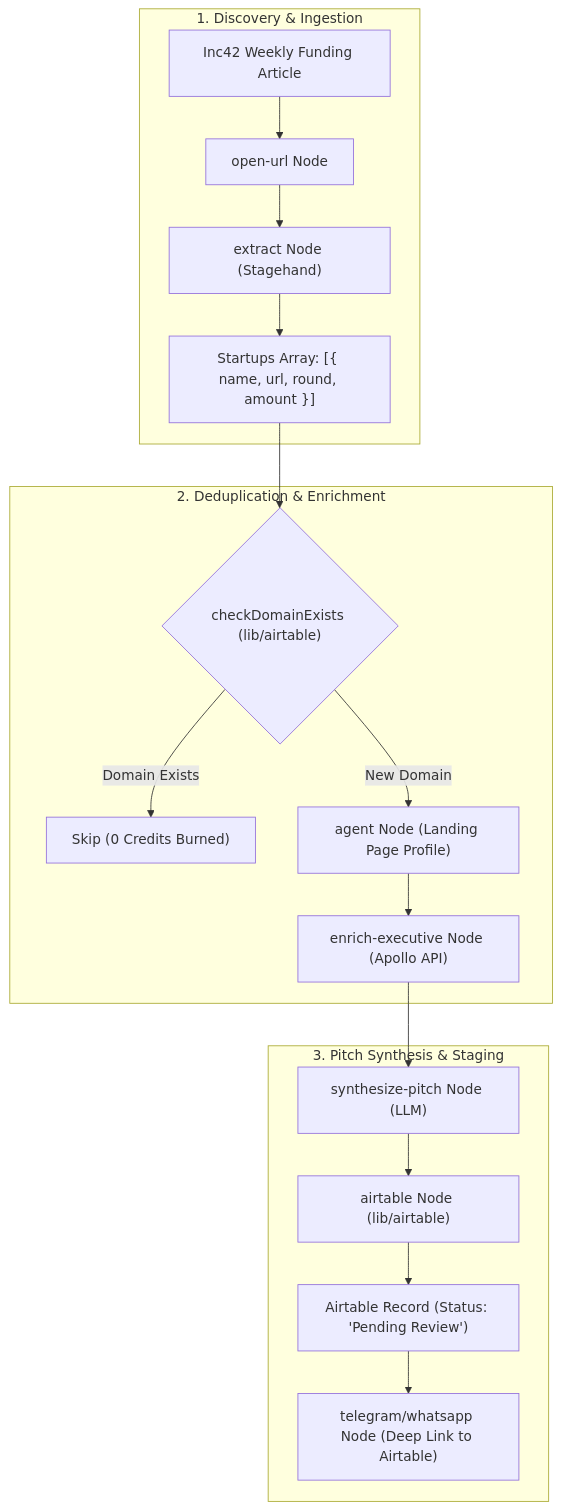
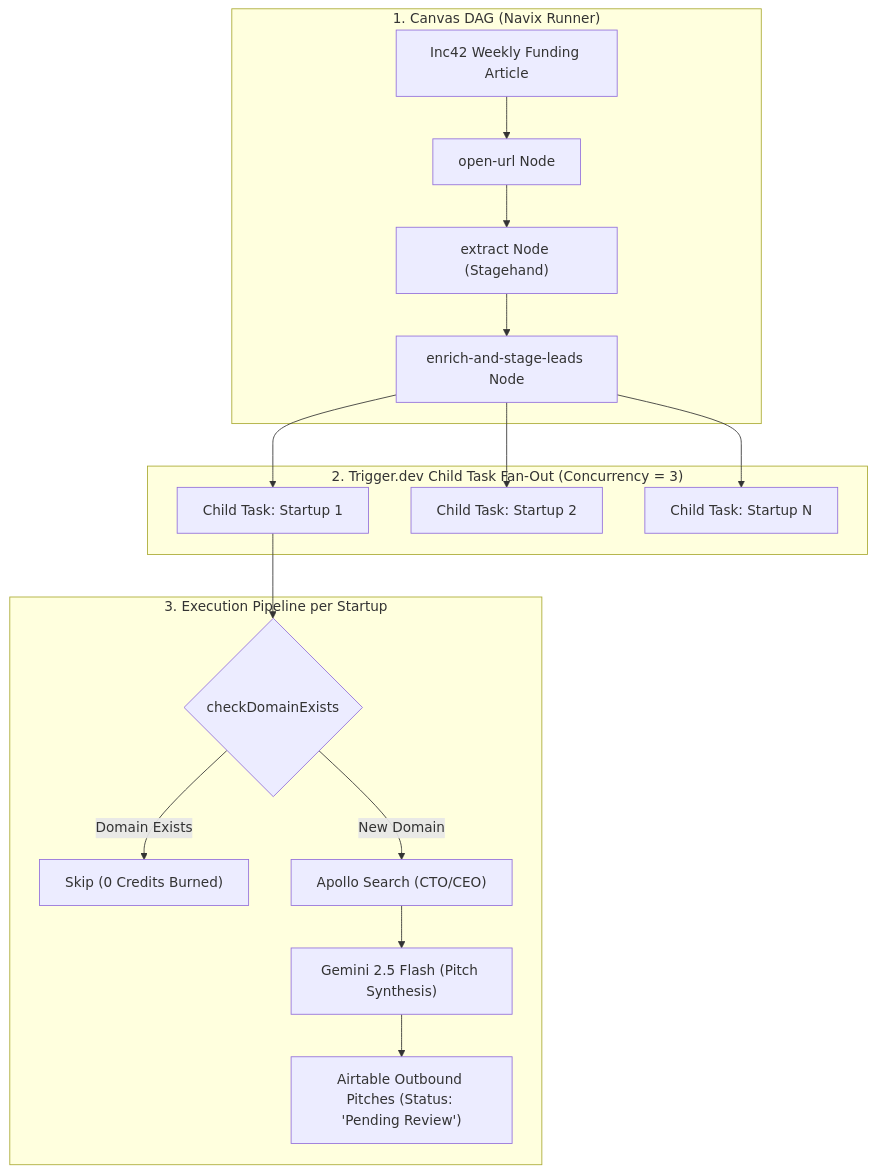
One commit to Anurag1428/navix changed the diagram in docs/designs/funded-startup-outreach-engine.md. Above: the diagram before and after it, drawn with Mermaid. The commit also changed other lines of this file and 6 other files, not shown here.

First line of the commit message:
feat: Add outbound pitch service and types for Airtable integration

````diff
--- a/docs/designs/funded-startup-outreach-engine.md
+++ b/docs/designs/funded-startup-outreach-engine.md
@@ -77,22 +79,22 @@
 ```mermaid
 flowchart TD
-    subgraph S1["1. Discovery & Ingestion"]
+    subgraph S1["1. Canvas DAG (Navix Runner)"]
         Inc42Url["Inc42 Weekly Funding Article"] --> OpenNode["open-url Node"]
         OpenNode --> ExtractNode["extract Node (Stagehand)"]
-        ExtractNode --> StartupsArray["Startups Array: [{ name, url, round, amount }]"]
+        ExtractNode --> BatchNode["enrich-and-stage-leads Node"]
     end
 
-    subgraph S2["2. Deduplication & Enrichment"]
-        StartupsArray --> DedupCheck{"checkDomainExists (lib/airtable)"}
-        DedupCheck -- "Domain Exists" --> Skip["Skip (0 Credits Burned)"]
-        DedupCheck -- "New Domain" --> ProfileNode["agent Node (Landing Page Profile)"]
-        ProfileNode --> EnrichNode["enrich-executive Node (Apollo API)"]
+    subgraph S2["2. Trigger.dev Child Task Fan-Out (Concurrency = 3)"]
+        BatchNode --> Task1["Child Task: Startup 1"]
+        BatchNode --> Task2["Child Task: Startup 2"]
+        BatchNode --> TaskN["Child Task: Startup N"]
     end
 
-    subgraph S3["3. Pitch Synthesis & Staging"]
-        EnrichNode --> PitchNode["synthesize-pitch Node (LLM)"]
-        PitchNode --> AirtableNode["airtable Node (lib/airtable)"]
-        AirtableNode --> StagedRecord["Airtable Record (Status: 'Pending Review')"]
-        StagedRecord --> NotifyNode["telegram/whatsapp Node (Deep Link to Airtable)"]
+    subgraph S3["3. Execution Pipeline per Startup"]
+        Task1 --> DedupCheck{"checkDomainExists"}
+        DedupCheck -- "Domain Exists" --> Skip["Skip (0 Credits Burned)"]
+        DedupCheck -- "New Domain" --> Apollo["Apollo Search (CTO/CEO)"]
+        Apollo --> PitchSynth["Gemini 2.5 Flash (Pitch Synthesis)"]
+        PitchSynth --> Airtable["Airtable Outbound Pitches (Status: 'Pending Review')"]
     end
 ```
````
